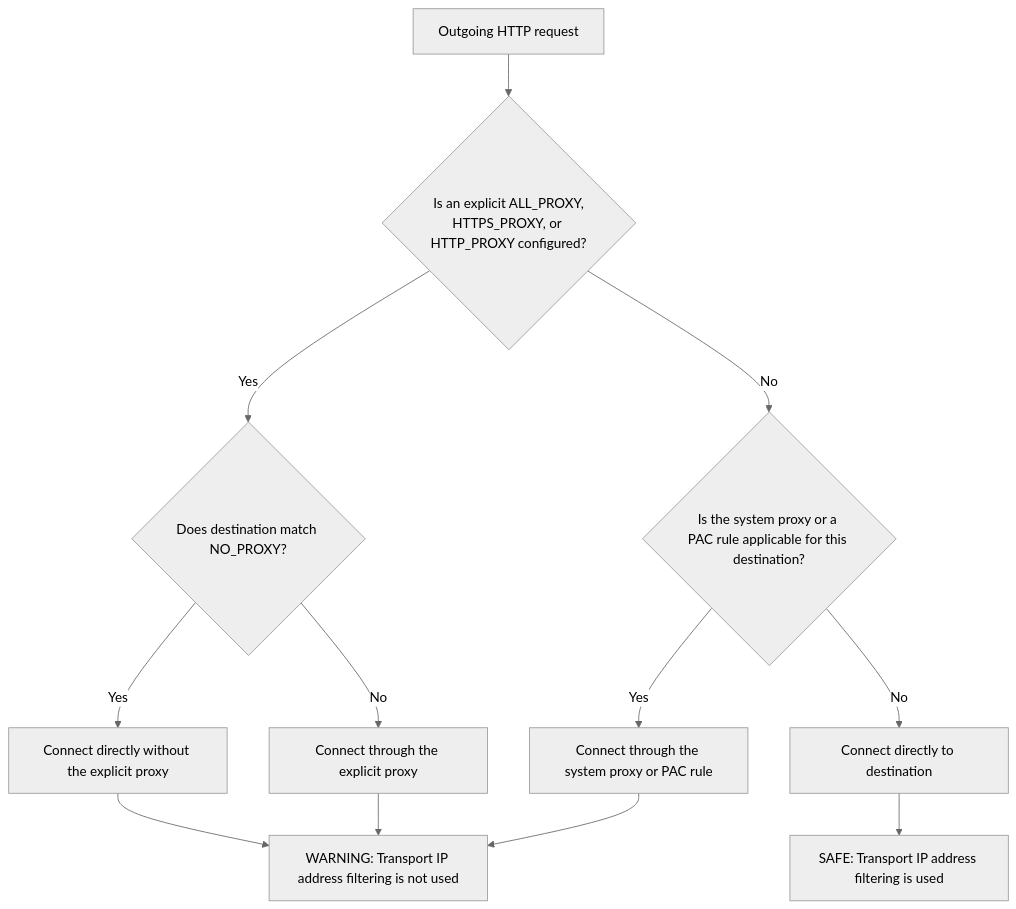
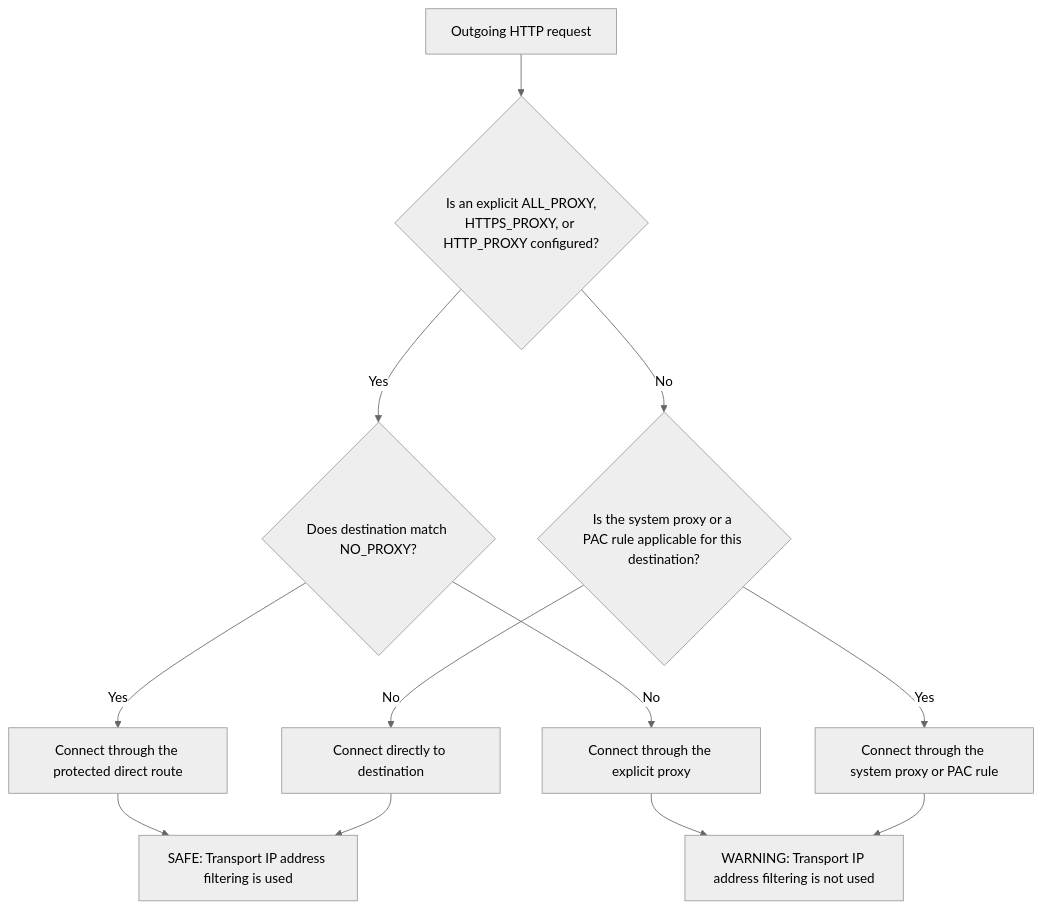
Before and after one commit to microsoft/mcp: the diagram in servers/Azure.Mcp.Server/TROUBLESHOOTING.md, drawn with Mermaid (neutral theme). The commit also changed other lines of this file and 12 other files, not shown here.

Commit message:
Enable NO_PROXY to hit the IP address filtering logic just like if a system/PAC proxy allows for bypassing a destination.

````diff
--- a/servers/Azure.Mcp.Server/TROUBLESHOOTING.md
+++ b/servers/Azure.Mcp.Server/TROUBLESHOOTING.md
@@ -630,14 +630,14 @@
    ```mermaid
    flowchart TD
        A[Outgoing HTTP request] --> B{Is an explicit ALL_PROXY,<br/>HTTPS_PROXY, or HTTP_PROXY configured?}
        B -- Yes --> C{Does destination match NO_PROXY?}
-       C -- Yes --> D[Connect directly without the explicit proxy]
+       C -- Yes --> D[Connect through the protected direct route]
        C -- No --> E[Connect through the explicit proxy]
-       D --> F[WARNING: Transport IP address filtering is not used]
-       E --> F
+       D --> J[SAFE: Transport IP address filtering is used]
+       E --> F[WARNING: Transport IP address filtering is not used]
        B -- No --> G{Is the system proxy or a PAC rule applicable for this destination?}
        G -- Yes --> H[Connect through the system proxy or PAC rule]
        H --> F
        G -- No --> I[Connect directly to destination]
        I --> J[SAFE: Transport IP address filtering is used]
    ```
````
